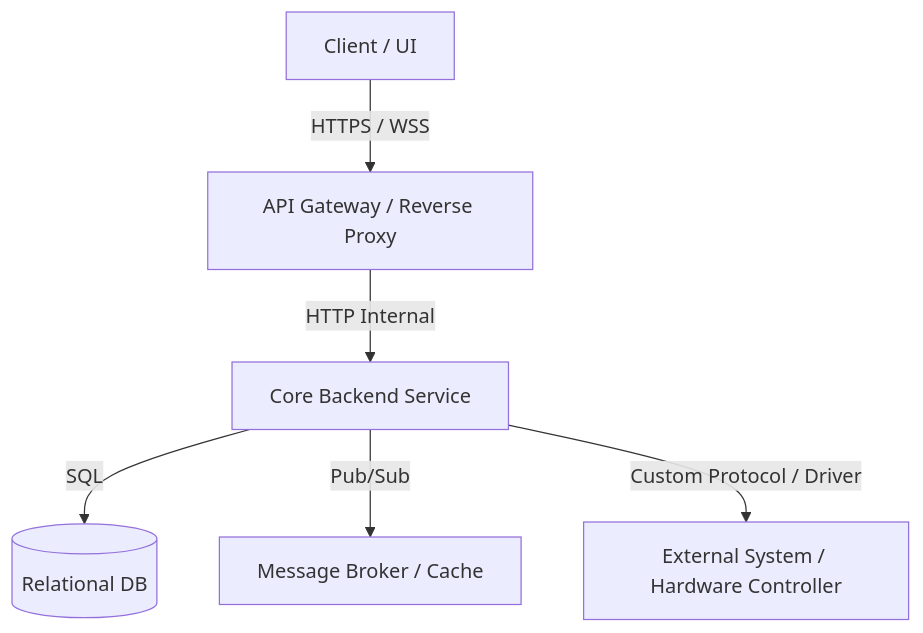
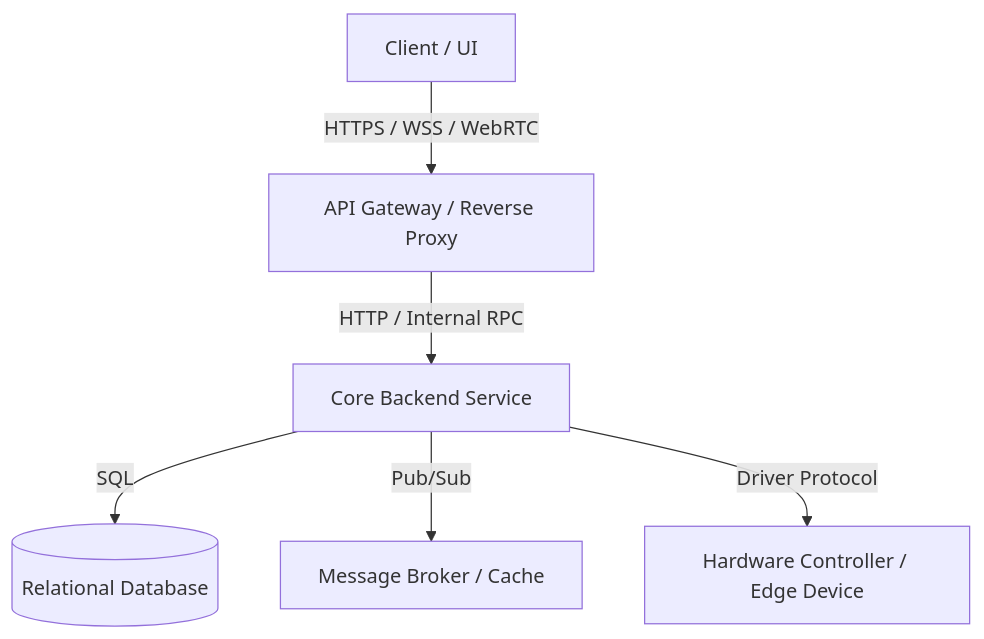
One commit to anishchenko-anton/ai-skill-sdd-agent changed the diagram in resources/architecture_template.md. Above: the diagram before and after it, drawn with Mermaid. The commit also changed other lines of this file and 23 other files, not shown here.

Commit message:
feat(sdd-agent): codify architecture-first standards, lazy-loading protocols, and reset feedback log

````diff
--- a/resources/architecture_template.md
+++ b/resources/architecture_template.md
@@ -22,8 +22,8 @@
 ```mermaid
 graph TD
-    Client[Client / UI] -->|HTTPS / WSS| Gateway[API Gateway / Reverse Proxy]
-    Gateway -->|HTTP Internal| CoreService[Core Backend Service]
-    CoreService -->|SQL| Database[(Relational DB)]
+    Client[Client / UI] -->|HTTPS / WSS / WebRTC| Gateway[API Gateway / Reverse Proxy]
+    Gateway -->|HTTP / Internal RPC| CoreService[Core Backend Service]
+    CoreService -->|SQL| Database[(Relational Database)]
     CoreService -->|Pub/Sub| MessageBroker[Message Broker / Cache]
-    CoreService -->|Custom Protocol / Driver| ExternalNode[External System / Hardware Controller]
+    CoreService -->|Driver Protocol| ExternalNode[Hardware Controller / Edge Device]
 ```
````
